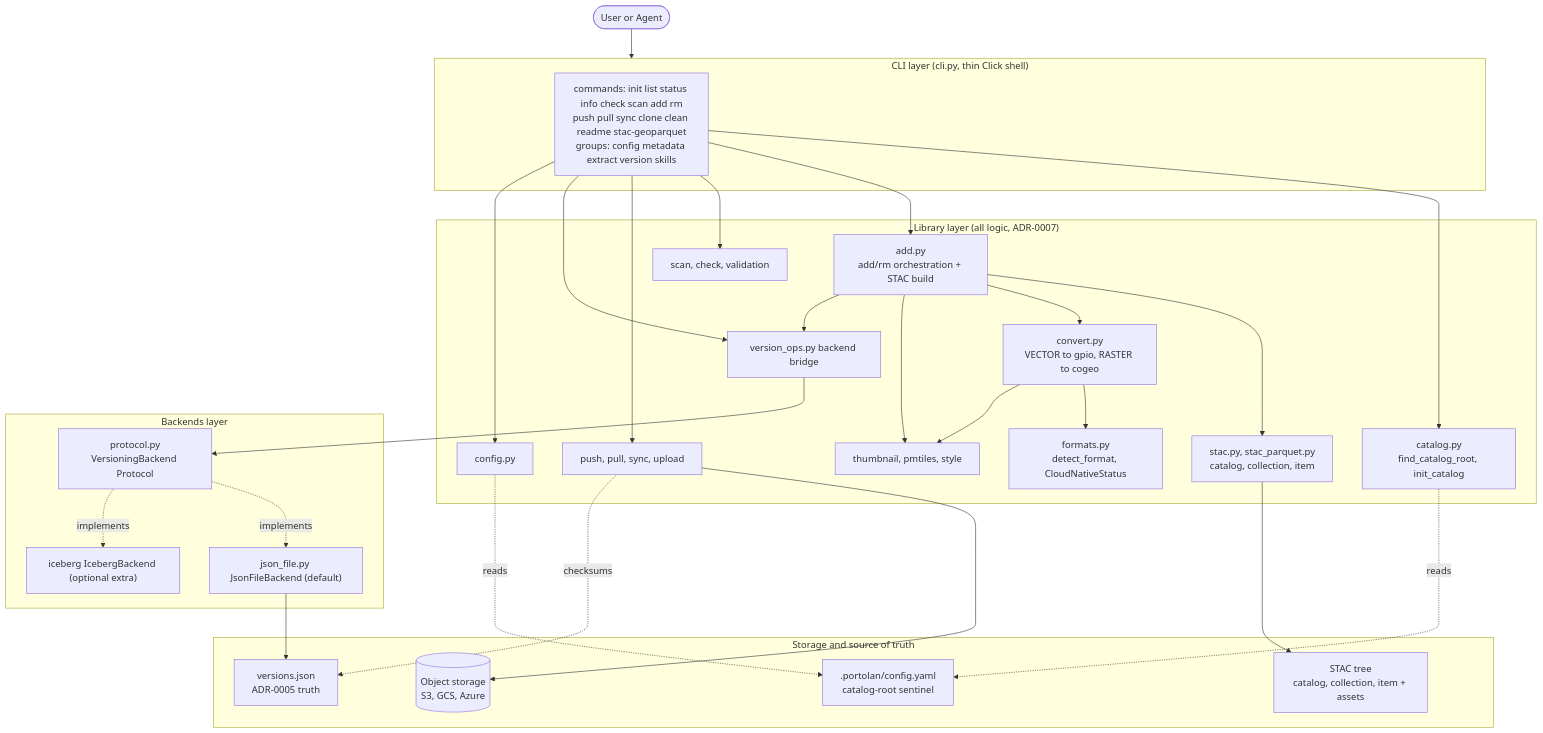
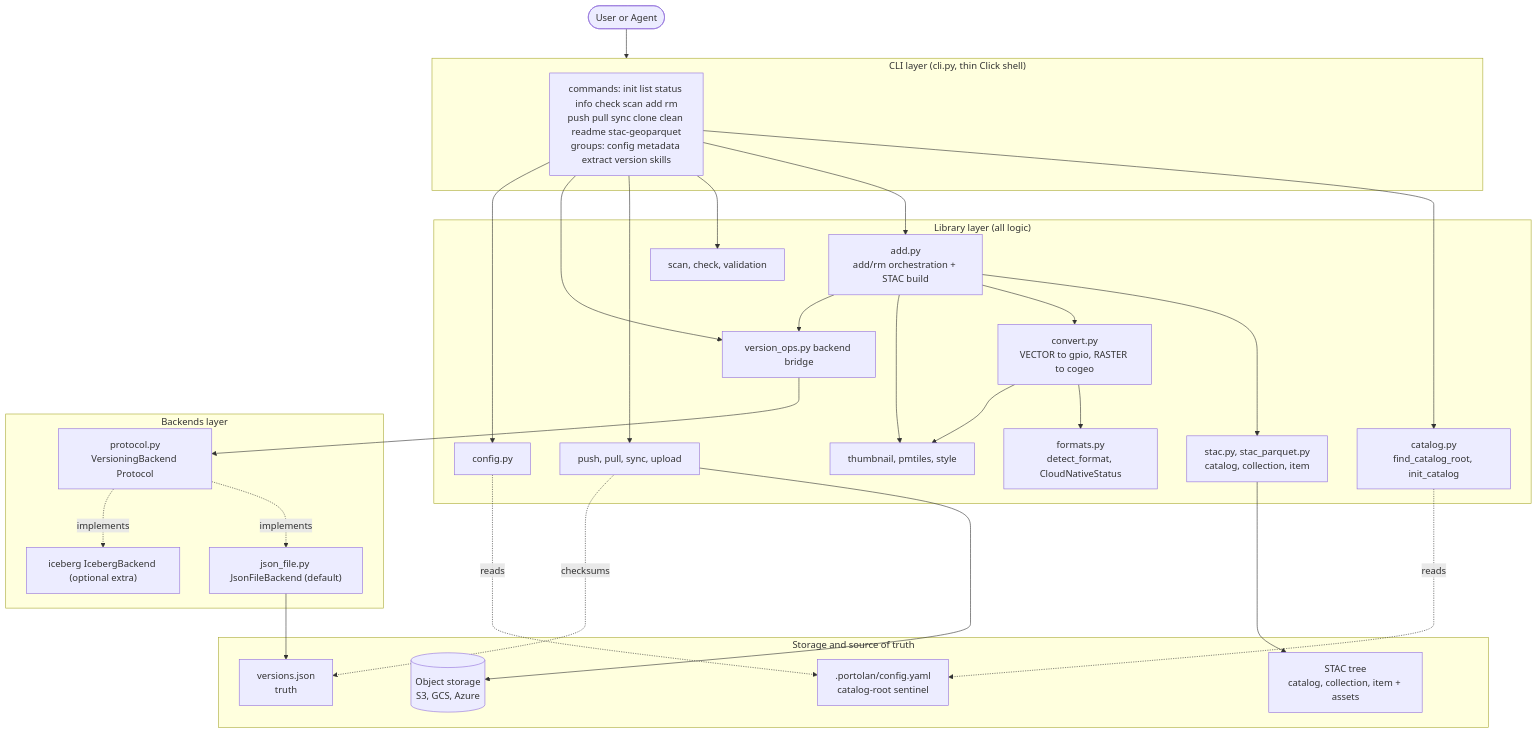
One commit to portolan-sdi/portolan-cli changed the diagram in .claude/rules/architecture.md. Above: the diagram before and after it, drawn with Mermaid. The commit also changed other lines of this file and 249 other files, not shown here.

````diff
--- a/.claude/rules/architecture.md
+++ b/.claude/rules/architecture.md
@@ -15,51 +15,51 @@
 ```mermaid
 flowchart TD
     user([User or Agent]) --> CLI
     subgraph CLI["CLI layer (cli.py, thin Click shell)"]
         cmds["commands: init list status info check scan add rm<br/>push pull sync clone clean readme stac-geoparquet<br/>groups: config metadata extract version skills"]
     end
-    subgraph LIB["Library layer (all logic, ADR-0007)"]
+    subgraph LIB["Library layer (all logic)"]
         catalog["catalog.py<br/>find_catalog_root, init_catalog"]
         dataset["add.py<br/>add/rm orchestration + STAC build"]
         stac["stac.py, stac_parquet.py<br/>catalog, collection, item"]
         formats["formats.py<br/>detect_format, CloudNativeStatus"]
         convert["convert.py<br/>VECTOR to gpio, RASTER to cogeo"]
         viz["thumbnail, pmtiles, style"]
         scan["scan, check, validation"]
         syncmod["push, pull, sync, upload"]
         vops["version_ops.py backend bridge"]
         config["config.py"]
     end
     subgraph BK["Backends layer"]
         proto["protocol.py<br/>VersioningBackend Protocol"]
         jsonbk["json_file.py JsonFileBackend (default)"]
         iceberg["iceberg IcebergBackend (optional extra)"]
         proto -.implements.-> jsonbk
         proto -.implements.-> iceberg
     end
     subgraph STORE["Storage and source of truth"]
         sentinel[".portolan/config.yaml<br/>catalog-root sentinel"]
-        versions["versions.json<br/>ADR-0005 truth"]
+        versions["versions.json<br/>truth"]
         stactree["STAC tree<br/>catalog, collection, item + assets"]
         object[("Object storage<br/>S3, GCS, Azure")]
     end
     cmds --> catalog
     cmds --> dataset
     cmds --> scan
     cmds --> syncmod
     cmds --> vops
     cmds --> config
     dataset --> stac
     dataset --> convert
     convert --> formats
     convert --> viz
     dataset --> viz
     dataset --> vops
     vops --> proto
     catalog -.reads.-> sentinel
     config -.reads.-> sentinel
     jsonbk --> versions
     stac --> stactree
     syncmod --> object
     syncmod -.checksums.-> versions
 ```
````
